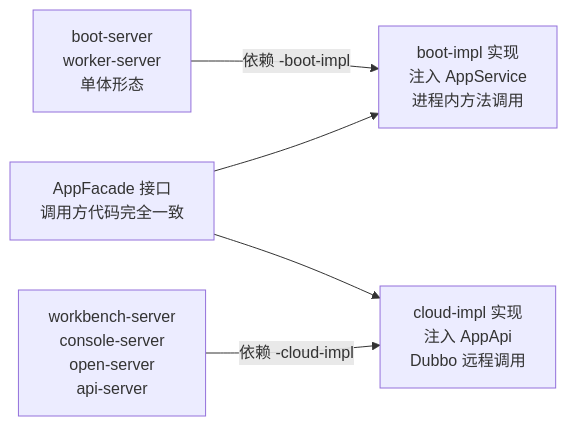
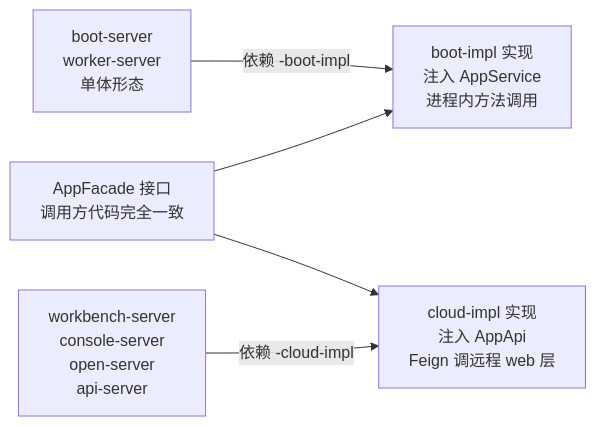
One commit to henhen6/mdp-docs changed the first of 2 diagrams in src/doc/info/架构介绍.md. Above: the diagram before and after it, drawn with Mermaid. The commit also changed other lines of this file and 5 other files, not shown here.

````diff
--- a/src/doc/info/架构介绍.md
+++ b/src/doc/info/架构介绍.md
@@ -28,10 +28,10 @@
 ```mermaid
 flowchart LR
     F["AppFacade 接口<br/>调用方代码完全一致"]
     B["boot-impl 实现<br/>注入 AppService<br/>进程内方法调用"]
-    C["cloud-impl 实现<br/>注入 AppApi<br/>Dubbo 远程调用"]
+    C["cloud-impl 实现<br/>注入 AppApi<br/>Feign 调远程 web 层"]
     BS["boot-server <br/> worker-server<br/>单体形态"] -->|"依赖 -boot-impl"| B
     AS["workbench-server <br/> console-server<br/>open-server <br/> api-server"] -->|"依赖 -cloud-impl"| C
     F --> B
     F --> C
 ```
````
